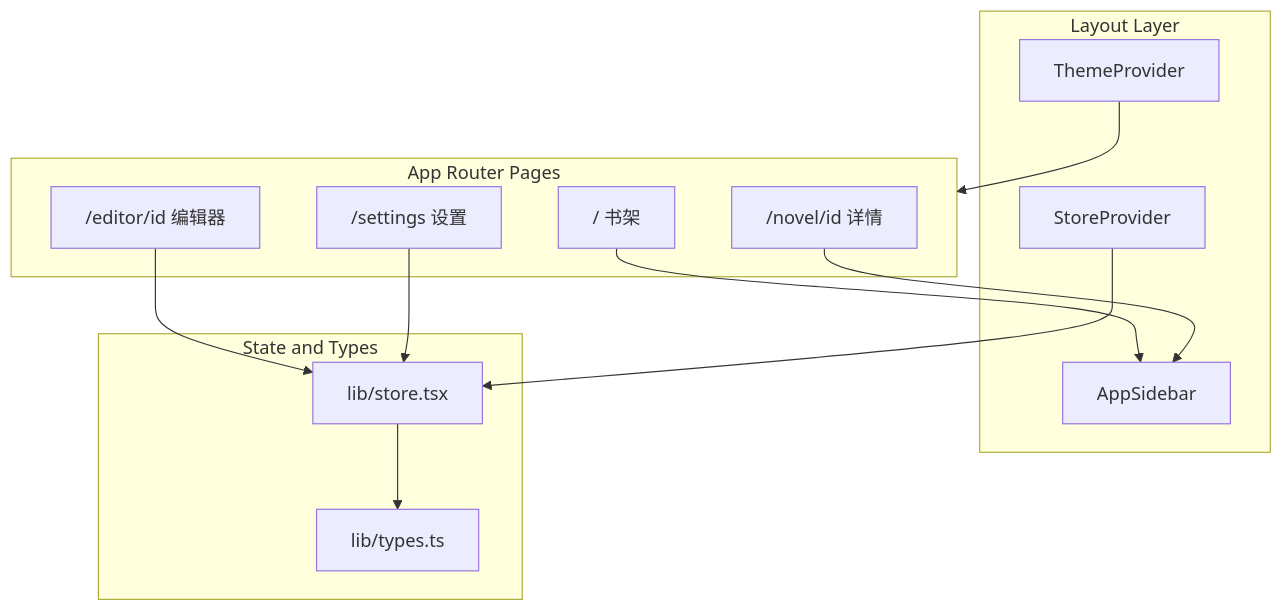
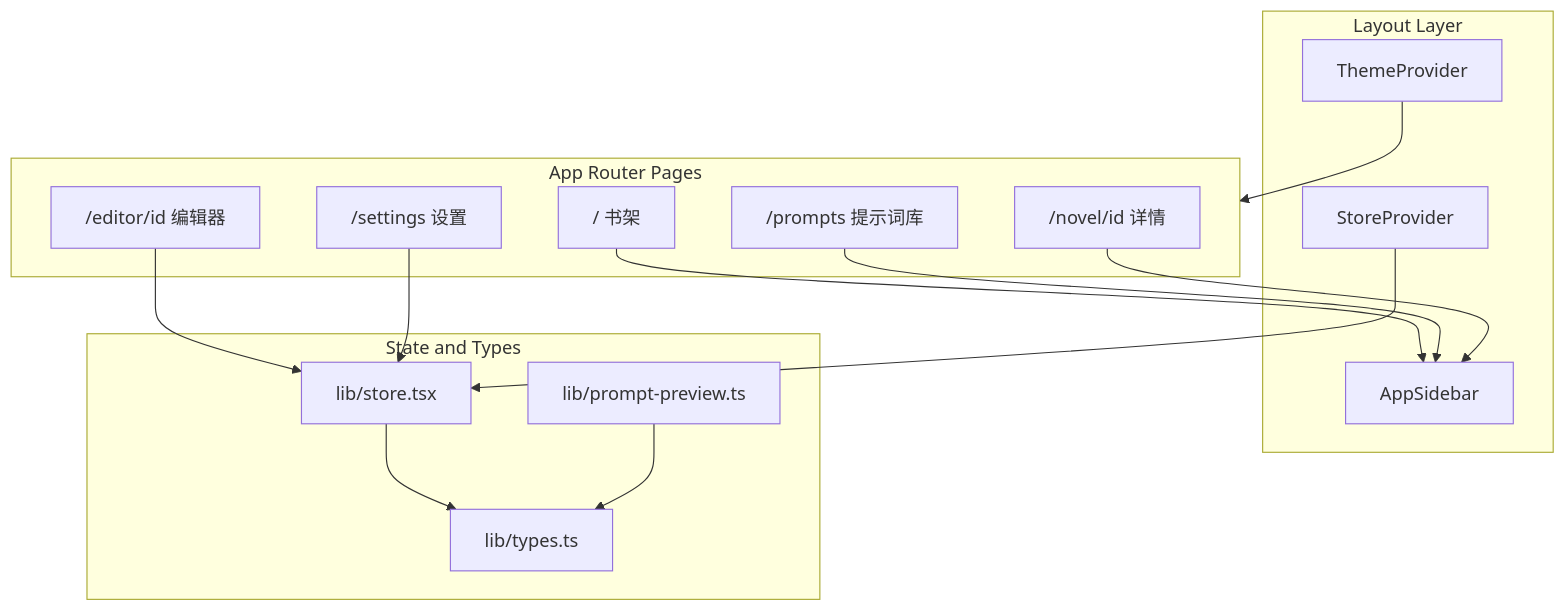
One commit to hellopan/ShenBiMaLiang changed the diagram in README.md. Above: the diagram before and after it, drawn with Mermaid. The commit also changed other lines of this file and 25 other files, not shown here.

````diff
--- a/README.md
+++ b/README.md
@@ -209,28 +286,32 @@
 ```mermaid
 flowchart TB
   subgraph pages [App Router Pages]
     Home["/ 书架"]
+    Prompts["/prompts 提示词库"]
     NovelDetail["/novel/id 详情"]
     Editor["/editor/id 编辑器"]
     Settings["/settings 设置"]
   end
 
   subgraph layout [Layout Layer]
     Sidebar[AppSidebar]
     Theme[ThemeProvider]
     Store[StoreProvider]
   end
 
   subgraph state [State and Types]
     StoreCtx["lib/store.tsx"]
     Types["lib/types.ts"]
+    Preview["lib/prompt-preview.ts"]
   end
 
   Home --> Sidebar
+  Prompts --> Sidebar
   NovelDetail --> Sidebar
   Editor --> StoreCtx
   Settings --> StoreCtx
   Theme --> pages
   Store --> StoreCtx
   StoreCtx --> Types
+  Preview --> Types
 ```
````
